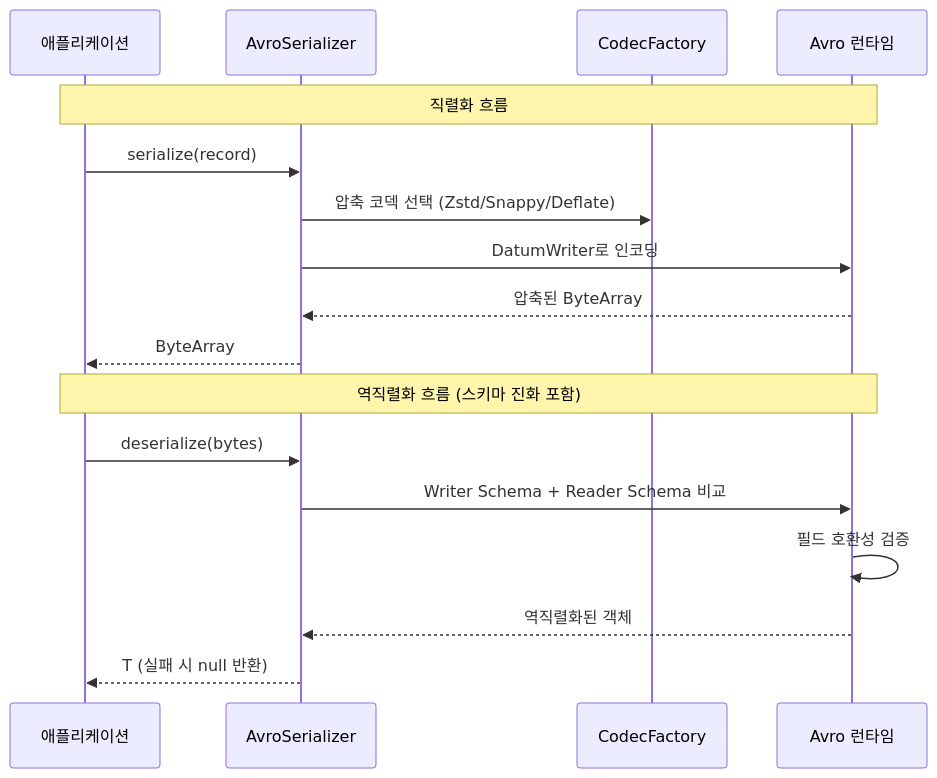
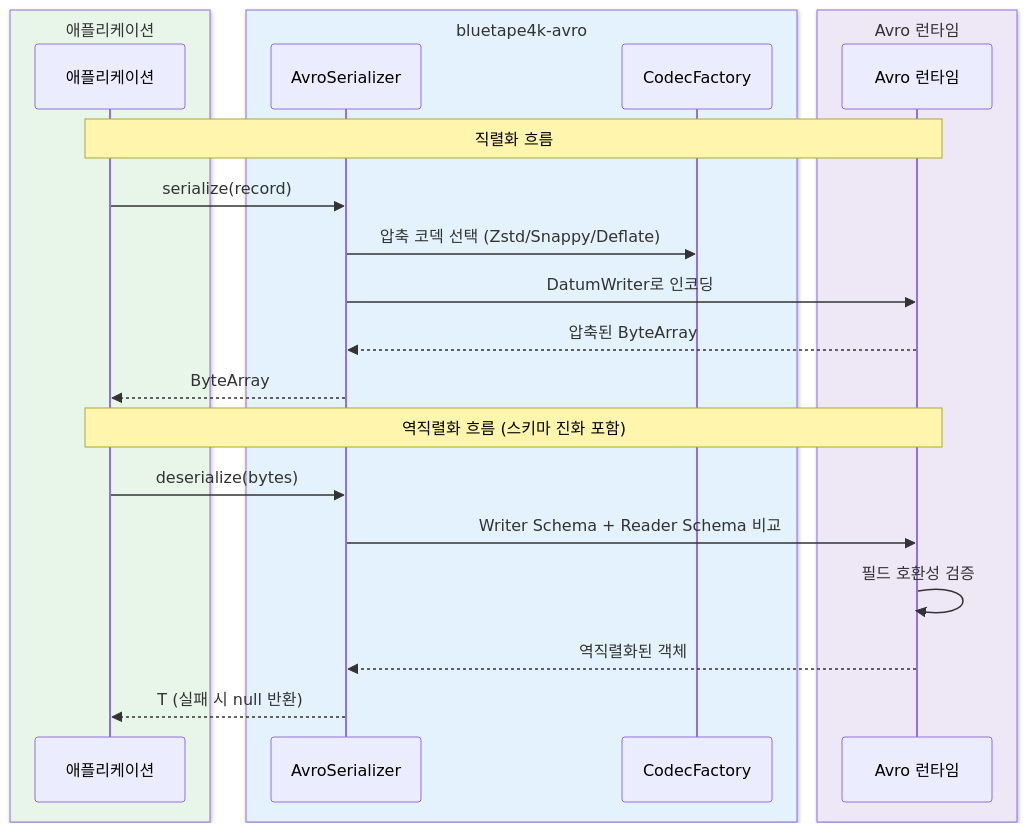
One commit to bluetape4k/bluetape4k-projects changed the second of 3 diagrams in io/avro/README.ko.md. Above: the diagram before and after it, drawn with Mermaid. The commit also changed other lines of this file and 221 other files, not shown here.

First line of the commit message:
docs: 전체 모듈 README UML 다이어그램 보강 및 색상 업그레이드

````diff
--- a/io/avro/README.ko.md
+++ b/io/avro/README.ko.md
@@ -175,21 +182,27 @@
 ```mermaid
 sequenceDiagram
-    participant 앱 as 애플리케이션
-    participant S as AvroSerializer
-    participant C as CodecFactory
-    participant A as Avro 런타임
+    box rgb(232, 245, 233) 애플리케이션
+        participant 앱 as 애플리케이션
+    end
+    box rgb(227, 242, 253) bluetape4k-avro
+        participant S as AvroSerializer
+        participant C as CodecFactory
+    end
+    box rgb(237, 231, 246) Avro 런타임
+        participant A as Avro 런타임
+    end
 
     Note over 앱,A: 직렬화 흐름
     앱->>S: serialize(record)
     S->>C: 압축 코덱 선택 (Zstd/Snappy/Deflate)
     S->>A: DatumWriter로 인코딩
     A-->>S: 압축된 ByteArray
     S-->>앱: ByteArray
 
     Note over 앱,A: 역직렬화 흐름 (스키마 진화 포함)
     앱->>S: deserialize(bytes)
     S->>A: Writer Schema + Reader Schema 비교
     A->>A: 필드 호환성 검증
     A-->>S: 역직렬화된 객체
     S-->>앱: T (실패 시 null 반환)
 ```
````
